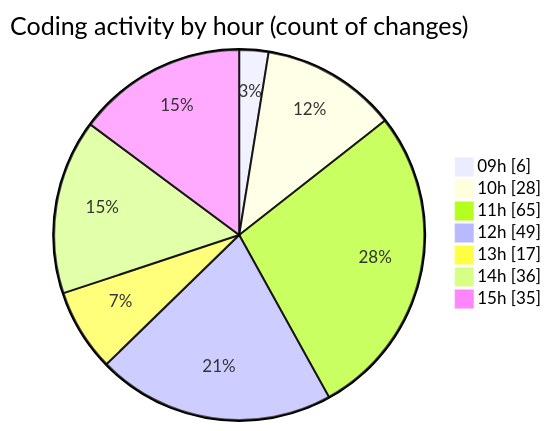
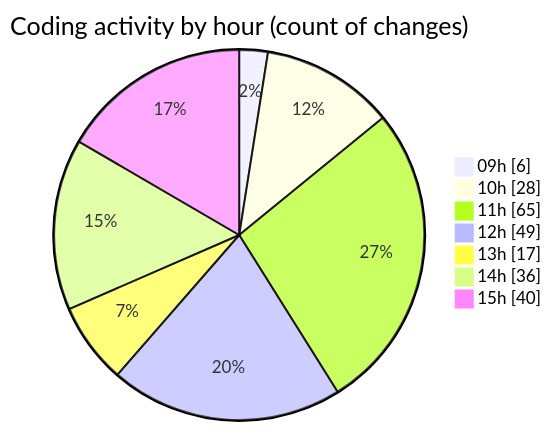
The second of 2 diagrams in 2025-03-27/cda/README.md (momahboobian/code-tracking), drawn with Mermaid before and after one commit. The commit also changed other lines of this file and 1 other file, not shown here.

````diff
--- a/2025-03-27/cda/README.md
+++ b/2025-03-27/cda/README.md
@@ -31,11 +31,11 @@
 ```mermaid
 pie showData
 title Coding activity by hour (count of changes)
 "09h" : 6
 "10h" : 28
 "11h" : 65
 "12h" : 49
 "13h" : 17
 "14h" : 36
-"15h" : 35
+"15h" : 40
 ```
````
